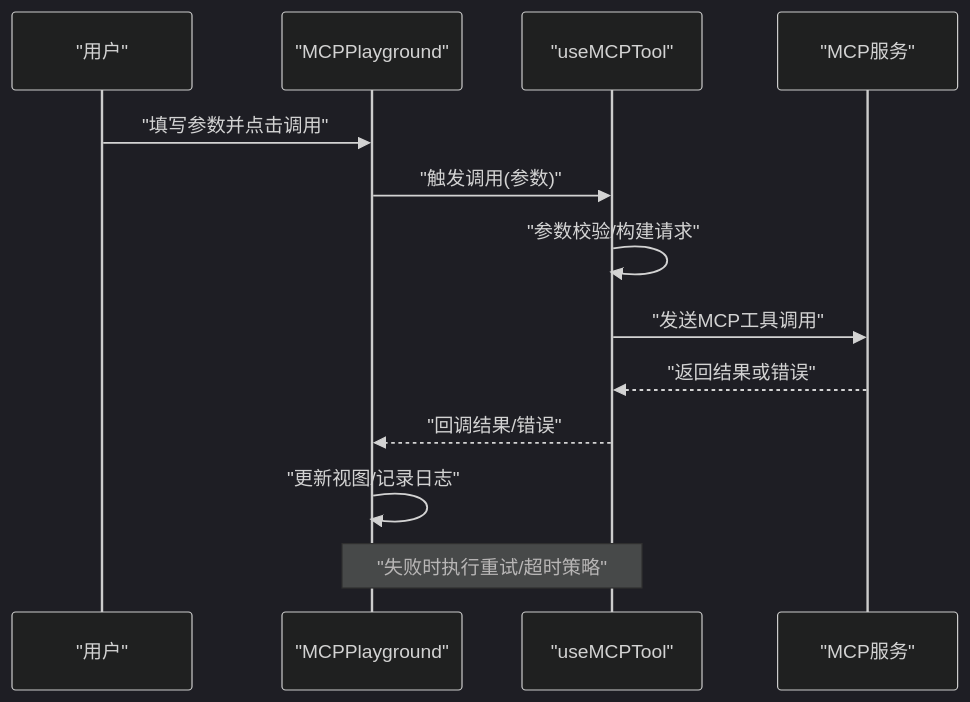
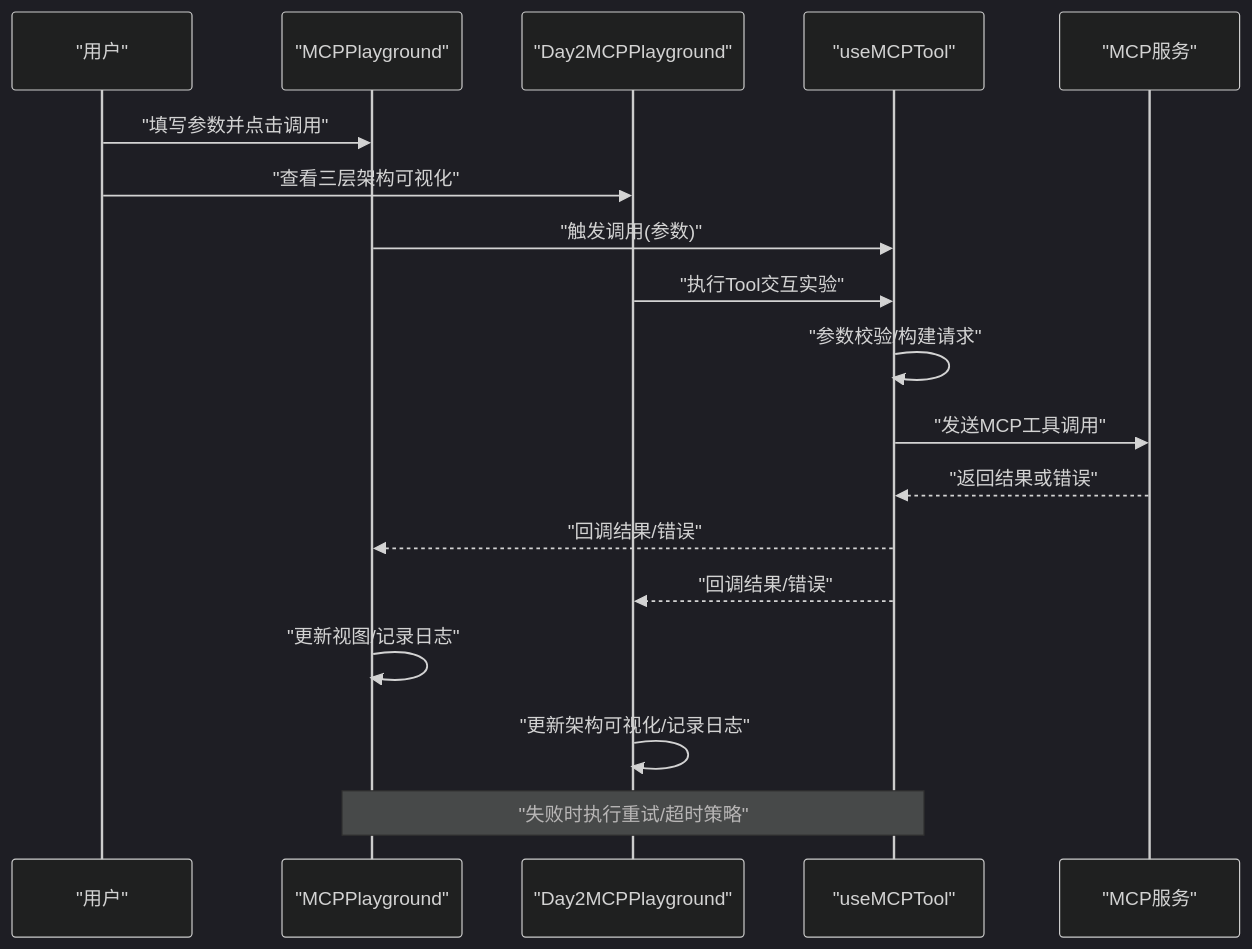
The second of 3 diagrams in .qoder/repowiki/zh/content/UI组件/MCPPlayground组件.md (Leslie-Chuan/classic-example), drawn with Mermaid (dark theme) before and after one commit. The commit also changed other lines of this file and 41 other files, not shown here.

````diff
--- a/.qoder/repowiki/zh/content/UI组件/MCPPlayground组件.md
+++ b/.qoder/repowiki/zh/content/UI组件/MCPPlayground组件.md
@@ -81,15 +103,20 @@
 ```mermaid
 sequenceDiagram
 participant U as "用户"
 participant P as "MCPPlayground"
+participant P2 as "Day2MCPPlayground"
 participant H as "useMCPTool"
 participant S as "MCP服务"
 U->>P : "填写参数并点击调用"
+U->>P2 : "查看三层架构可视化"
 P->>H : "触发调用(参数)"
+P2->>H : "执行Tool交互实验"
 H->>H : "参数校验/构建请求"
 H->>S : "发送MCP工具调用"
 S-->>H : "返回结果或错误"
 H-->>P : "回调结果/错误"
+H-->>P2 : "回调结果/错误"
 P->>P : "更新视图/记录日志"
+P2->>P2 : "更新架构可视化/记录日志"
 Note over P,H : "失败时执行重试/超时策略"
 ```
````
